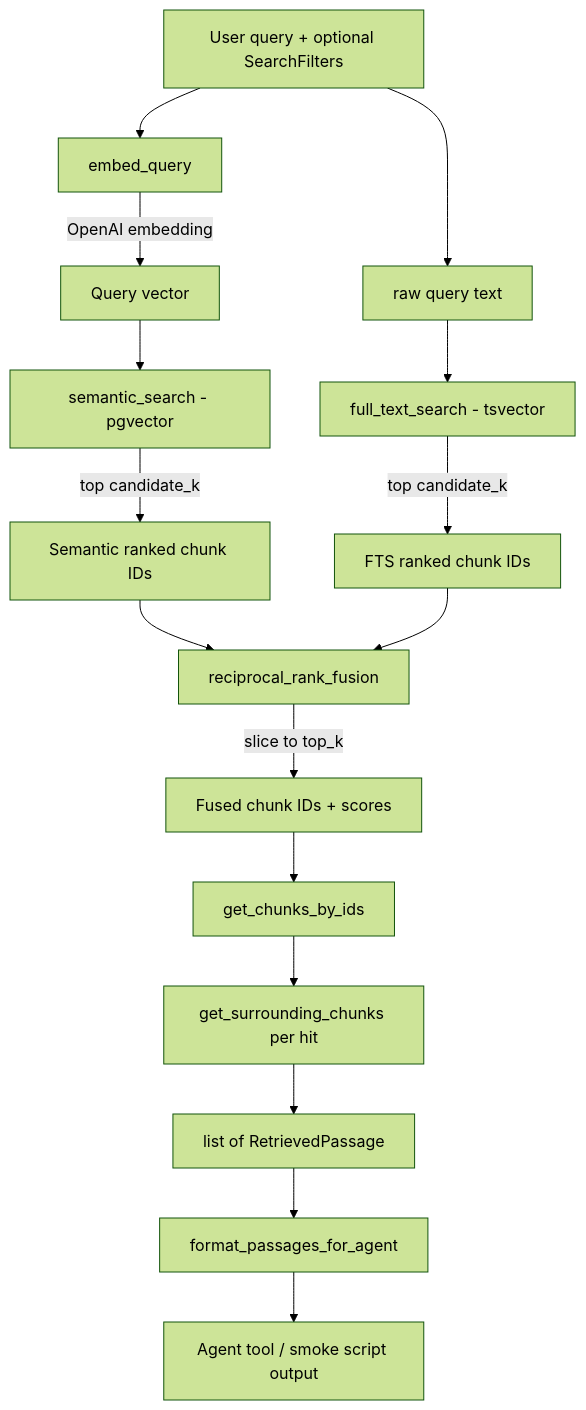
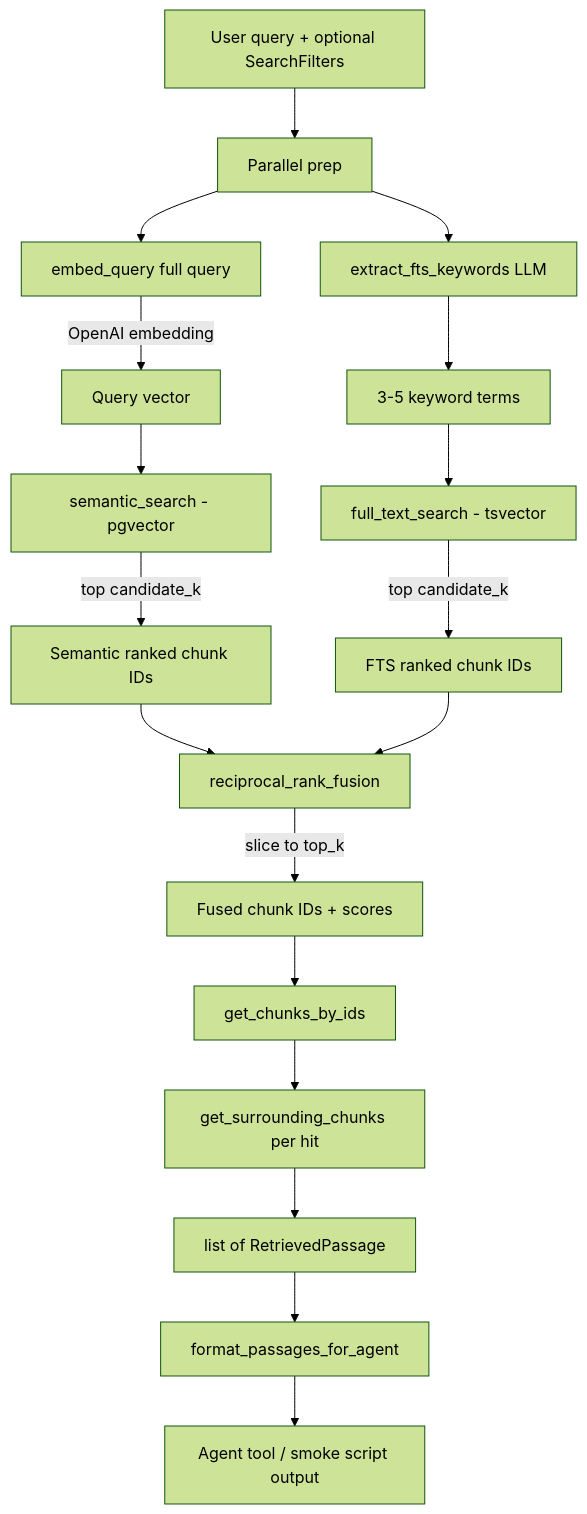
One commit to Enoshraju7-prog/FS-GenAI-Project changed the diagram in backend/app/retrieval/README.md. Above: the diagram before and after it, drawn with Mermaid (forest theme). The commit also changed other lines of this file and 12 other files, not shown here.

First line of the commit message:
fix: extract keywords before full-text search, parallelize retrieval prep

````diff
--- a/backend/app/retrieval/README.md
+++ b/backend/app/retrieval/README.md
@@ -11,24 +11,25 @@
 ```mermaid
 flowchart TD
-    Q[User query + optional SearchFilters] --> E[embed_query]
-    Q --> FTSQ[raw query text]
-
+    Q[User query + optional SearchFilters] --> PAR[Parallel prep]
+    PAR --> E[embed_query full query]
+    PAR --> KW[extract_fts_keywords LLM]
     E -->|OpenAI embedding| VEC[Query vector]
+    KW --> FTSQ[3-5 keyword terms]
 
     VEC --> SEM[semantic_search - pgvector]
     FTSQ --> FTS[full_text_search - tsvector]
 
     SEM -->|top candidate_k| SEM_IDS[Semantic ranked chunk IDs]
     FTS -->|top candidate_k| FTS_IDS[FTS ranked chunk IDs]
 
     SEM_IDS --> RRF[reciprocal_rank_fusion]
     FTS_IDS --> RRF
     RRF -->|slice to top_k| FUSED[Fused chunk IDs + scores]
 
     FUSED --> HYDRATE[get_chunks_by_ids]
     HYDRATE --> NEIGH[get_surrounding_chunks per hit]
     NEIGH --> OUT[list of RetrievedPassage]
 
     OUT --> FMT[format_passages_for_agent]
     FMT --> AGENT[Agent tool / smoke script output]
 ```
````
